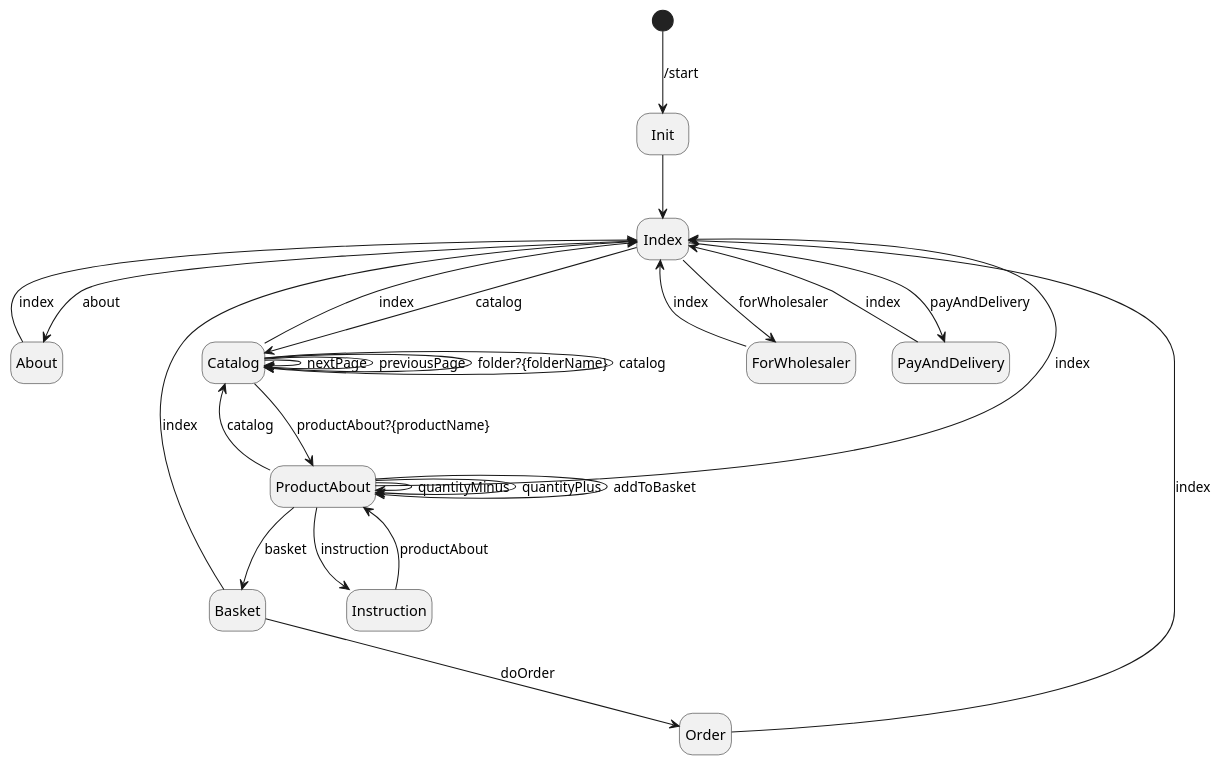
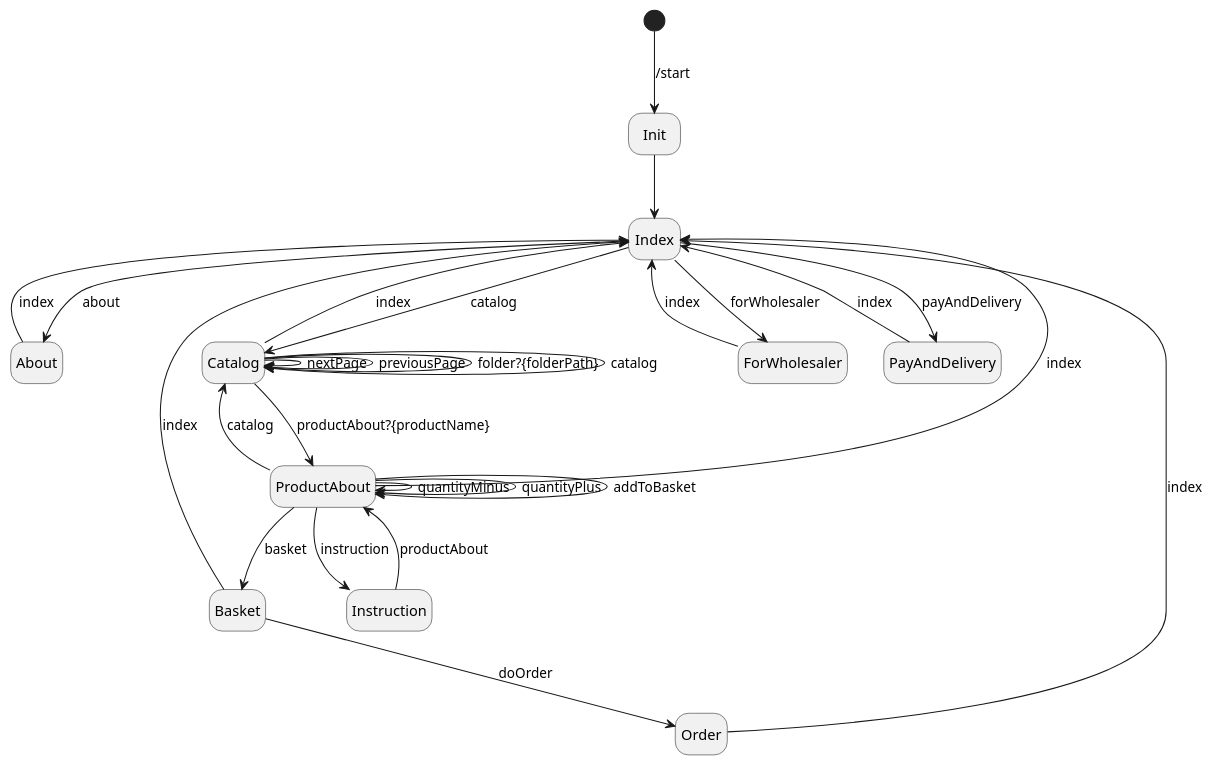
Before and after one commit to ViktorShchukin/shopbot: the diagram in doc/botFsmDiagram.md, drawn with PlantUML. The commit also changed 29 other files, not shown here.

````diff
--- a/doc/botFsmDiagram.md
+++ b/doc/botFsmDiagram.md
@@ -2,52 +2,52 @@
 ```plantuml
 hide empty description
 
 state entrypoint <<start>>
 
 state About
 state Basket
 state Catalog
 state Index
 state Init
 state Order
 state ProductAbout
 state ForWholesaler
 state PayAndDelivery
 state Instruction
     
 entrypoint --> Init : /start
 Init --> Index
 
 Index --> About : about
 Index --> Catalog : catalog
 Index --> ForWholesaler : forWholesaler
 Index --> PayAndDelivery : payAndDelivery
 
 ForWholesaler --> Index : index
 About --> Index : index
 PayAndDelivery --> Index : index
 
 Catalog --> Index : index
 Catalog --> ProductAbout : productAbout?{productName}
 Catalog --> Catalog : nextPage
 Catalog --> Catalog : previousPage
 '' get into the specific folder 
-Catalog --> Catalog : folder?{folderName}
+Catalog --> Catalog : folder?{folderPath}
 '' go to the root of the catalog
 Catalog --> Catalog : catalog
 
 ProductAbout --> ProductAbout : quantityMinus
 ProductAbout --> ProductAbout : quantityPlus
 ProductAbout --> ProductAbout : addToBasket
 ProductAbout --> Basket : basket
 ProductAbout --> Index : index
 ProductAbout --> Catalog : catalog
 ProductAbout --> Instruction : instruction
 
 Instruction --> ProductAbout : productAbout
 
 Basket --> Index : index
 Basket --> Order : doOrder
 
 Order --> Index : index
 ```
````
